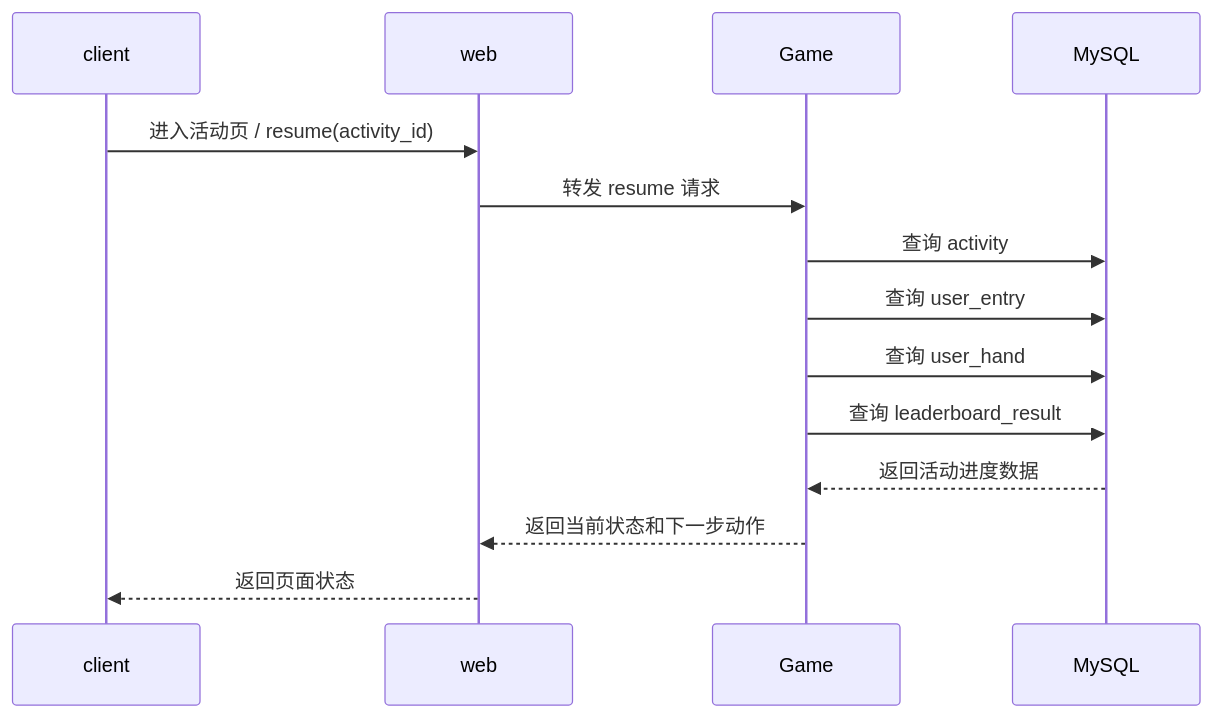
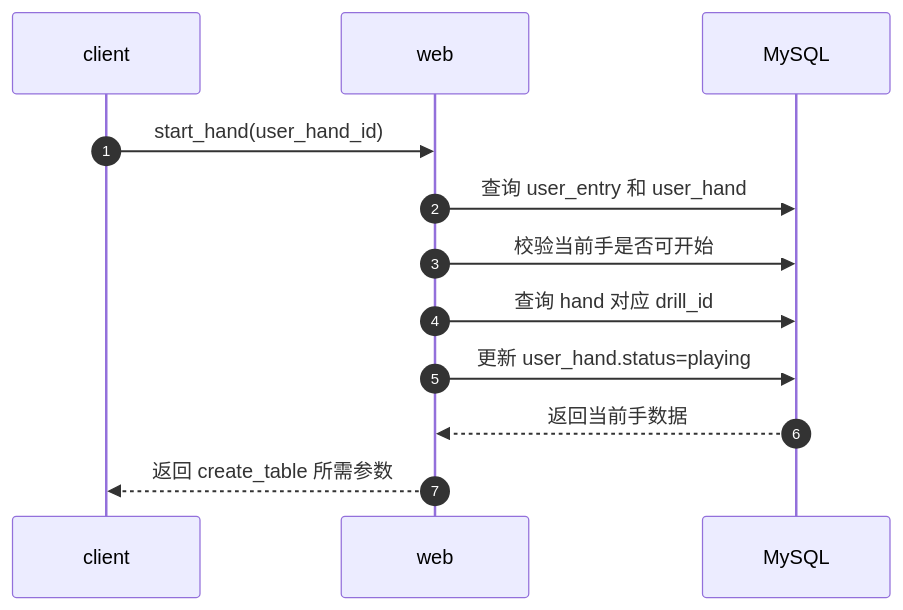
One commit to zdl20251023-pixel/agent-frame changed the sixth of 12 diagrams in docs/复述扑克/评审02/02-设计文档.md. Above: the diagram before and after it, drawn with Mermaid. The commit also changed other lines of this file and 1 other file, not shown here.

````diff
--- a/docs/复述扑克/评审02/02-设计文档.md
+++ b/docs/复述扑克/评审02/02-设计文档.md
@@ -201,17 +306,15 @@
 ```mermaid
 sequenceDiagram
+    autonumber
     participant client
     participant web
-    participant Game
     participant MySQL
 
-    client->>web: 进入活动页 / resume(activity_id)
-    web->>Game: 转发 resume 请求
-    Game->>MySQL: 查询 activity
-    Game->>MySQL: 查询 user_entry
-    Game->>MySQL: 查询 user_hand
-    Game->>MySQL: 查询 leaderboard_result
-    MySQL-->>Game: 返回活动进度数据
-    Game-->>web: 返回当前状态和下一步动作
-    web-->>client: 返回页面状态
+    client->>web: start_hand(user_hand_id)
+    web->>MySQL: 查询 user_entry 和 user_hand
+    web->>MySQL: 校验当前手是否可开始
+    web->>MySQL: 查询 hand 对应 drill_id
+    web->>MySQL: 更新 user_hand.status=playing
+    MySQL-->>web: 返回当前手数据
+    web-->>client: 返回 create_table 所需参数
 ```
````
